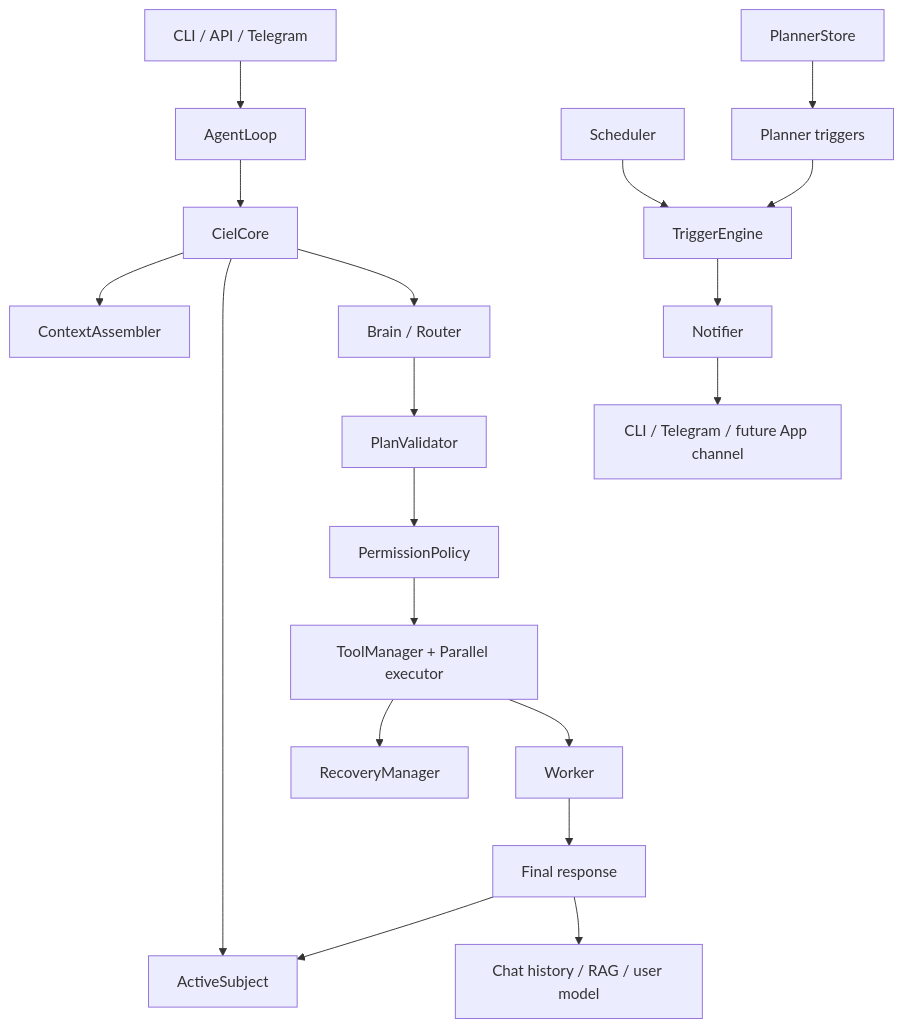
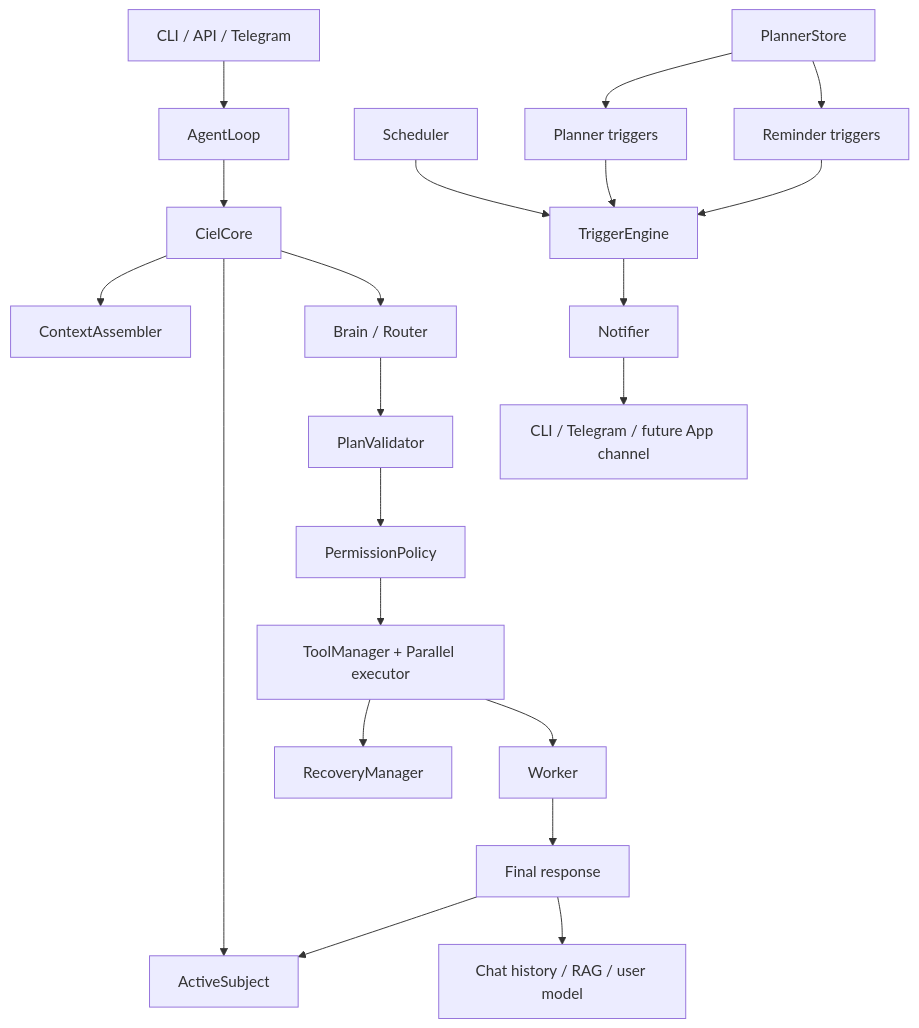
Before and after one commit to KhangTranManh/Ciel-2.0: the diagram in instructionAI/architecture.md, drawn with Mermaid. The commit also changed other lines of this file and 17 other files, not shown here.

````diff
--- a/instructionAI/architecture.md
+++ b/instructionAI/architecture.md
@@ -73,22 +74,24 @@
 ```mermaid
 flowchart TD
     INPUT[CLI / API / Telegram] --> LOOP[AgentLoop]
     LOOP --> CORE[CielCore]
     CORE --> CTX[ContextAssembler]
     CORE --> SUBJECT[ActiveSubject]
     CORE --> BRAIN[Brain / Router]
     BRAIN --> VALIDATE[PlanValidator]
     VALIDATE --> PERM[PermissionPolicy]
     PERM --> EXEC[ToolManager + Parallel executor]
     EXEC --> RECOVERY[RecoveryManager]
     EXEC --> WORKER[Worker]
     WORKER --> OUTPUT[Final response]
     OUTPUT --> SUBJECT
     OUTPUT --> MEMORY[Chat history / RAG / user model]
 
     SCHED[Scheduler] --> TRIG[TriggerEngine]
     TRIG --> NOTIFY[Notifier]
     PLANNER[PlannerStore] --> PTRIG[Planner triggers]
     PTRIG --> TRIG
+    PLANNER --> RTRIG[Reminder triggers]
+    RTRIG --> TRIG
     NOTIFY --> CHANNEL[CLI / Telegram / future App channel]
 ```
````
